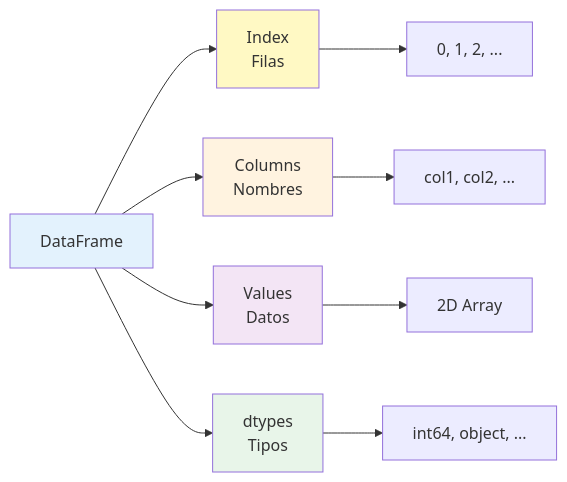
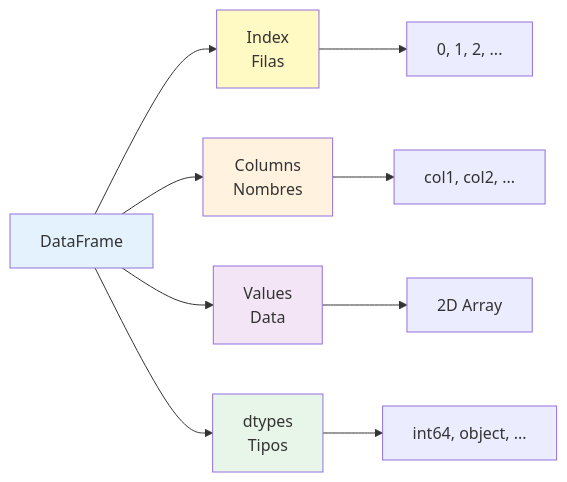
One commit to nanlabs/nan-data-engineering-labs changed the first of 23 diagrams in modules/module-04-python-for-data/assets/diagrams/pandas-operations.md. Above: the diagram before and after it, drawn with Mermaid. The commit also changed other lines of this file and 23 other files, not shown here.

````diff
--- a/modules/module-04-python-for-data/assets/diagrams/pandas-operations.md
+++ b/modules/module-04-python-for-data/assets/diagrams/pandas-operations.md
@@ -5,18 +5,18 @@
 ```mermaid
 flowchart LR
     A[DataFrame] --> B[Index<br/>Filas]
     A --> C[Columns<br/>Nombres]
-    A --> D[Values<br/>Datos]
+    A --> D[Values<br/>Data]
     A --> E[dtypes<br/>Tipos]
     
     B --> F["0, 1, 2, ..."]
     C --> G["col1, col2, ..."]
     D --> H["2D Array"]
     E --> I["int64, object, ..."]
     
     style A fill:#e3f2fd
     style B fill:#fff9c4
     style C fill:#fff3e0
     style D fill:#f3e5f5
     style E fill:#e8f5e9
 ```
````
